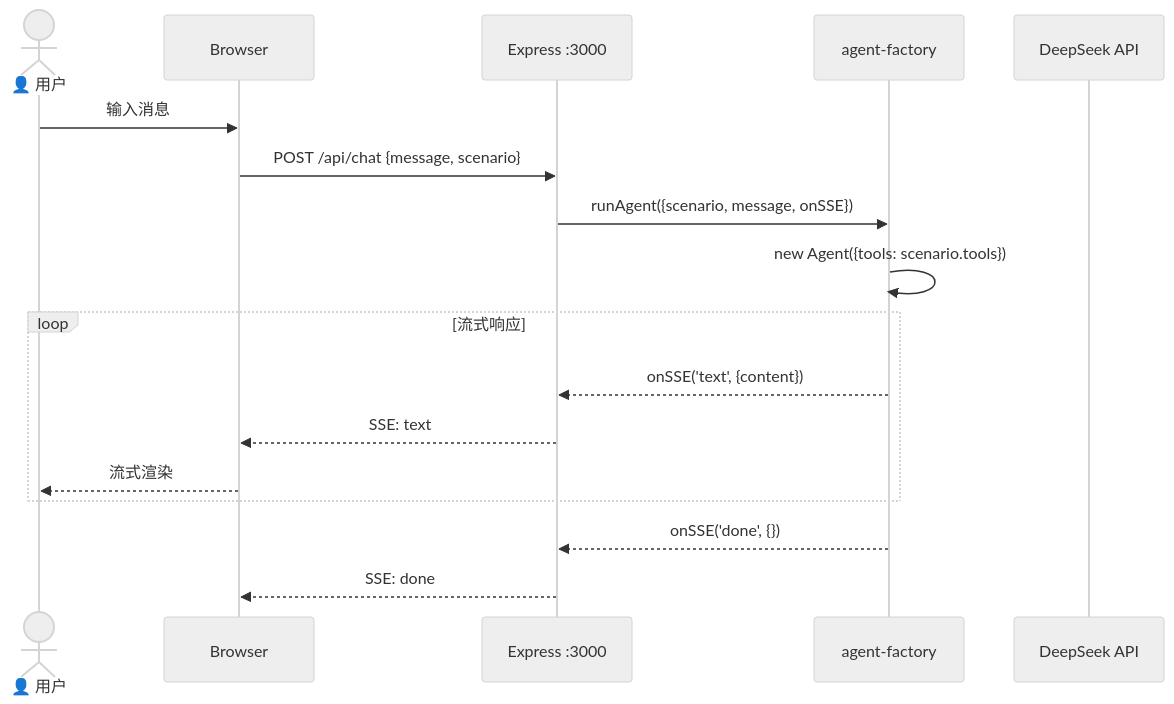
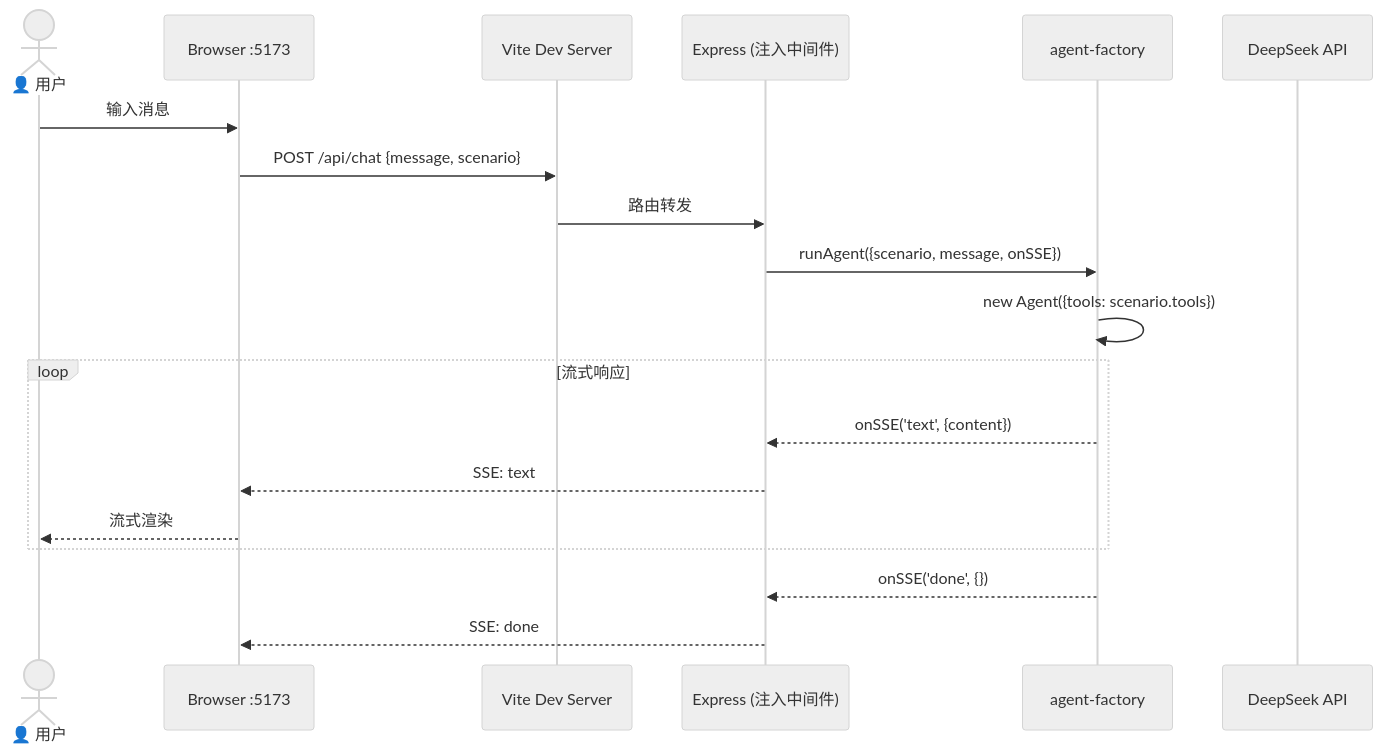
Before and after one commit to yjzaaa/leave-approval-agent: the fourth of 5 diagrams in src/CLAUDE.md, drawn with Mermaid (neutral theme). The commit also changed other lines of this file and 11 other files, not shown here.

First line of the commit message:
refactor: Vite 单进程启动 + axios API 客户端

````diff
--- a/src/CLAUDE.md
+++ b/src/CLAUDE.md
@@ -186,22 +327,24 @@
 ```mermaid
 sequenceDiagram
     actor User as 👤 用户
-    participant Browser as Browser
-    participant Express as Express :3000
+    participant Browser as Browser :5173
+    participant Vite as Vite Dev Server
+    participant Express as Express (注入中间件)
     participant Factory as agent-factory
     participant DeepSeek as DeepSeek API
 
     User->>Browser: 输入消息
-    Browser->>Express: POST /api/chat {message, scenario}
+    Browser->>Vite: POST /api/chat {message, scenario}
+    Vite->>Express: 路由转发
     Express->>Factory: runAgent({scenario, message, onSSE})
     Factory->>Factory: new Agent({tools: scenario.tools})
 
     loop 流式响应
         Factory-->>Express: onSSE('text', {content})
         Express-->>Browser: SSE: text
         Browser-->>User: 流式渲染
     end
 
     Factory-->>Express: onSSE('done', {})
     Express-->>Browser: SSE: done
 ```
````
